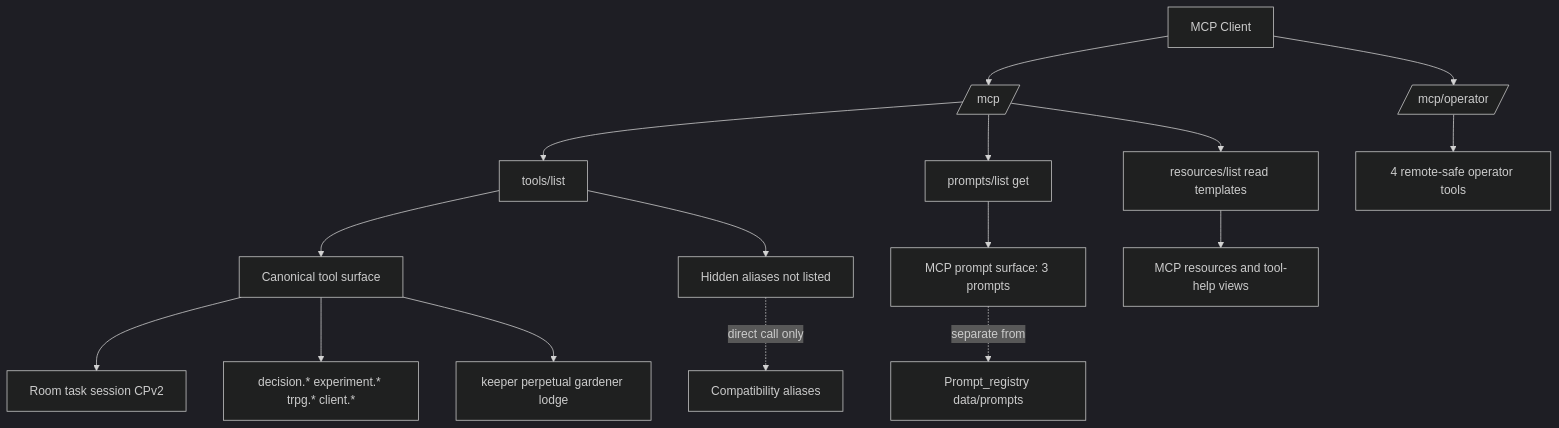
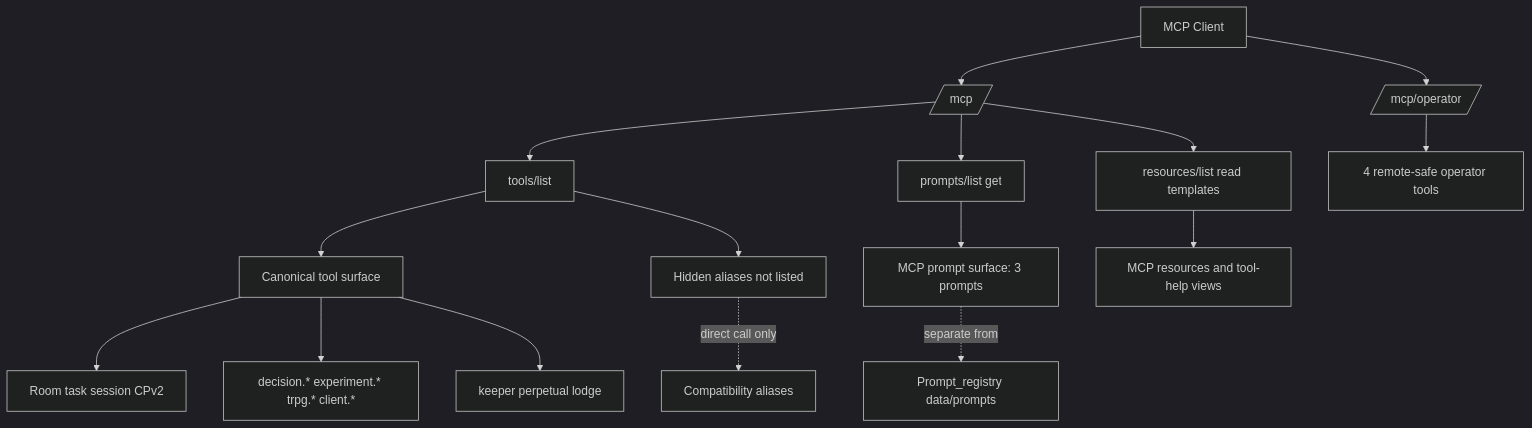
Before and after one commit to jeong-sik/masc: the first of 5 diagrams in docs/MCP-SURFACE-AUDIT.md, drawn with Mermaid (dark theme). The commit also changed 35 other files, not shown here.

````diff
--- a/docs/MCP-SURFACE-AUDIT.md
+++ b/docs/MCP-SURFACE-AUDIT.md
@@ -54,24 +54,24 @@
 ```mermaid
 flowchart TD
   Client[MCP Client] --> MCP[/mcp/]
   Client --> Operator[/mcp/operator/]
 
   MCP --> TL[tools/list]
   MCP --> PL[prompts/list get]
   MCP --> RL[resources/list read templates]
 
   TL --> Canon[Canonical tool surface]
   TL --> Hidden[Hidden aliases not listed]
 
   Canon --> Core[Room task session CPv2]
   Canon --> GameView[decision.* experiment.* trpg.* client.*]
-  Canon --> Ecosystem[keeper perpetual gardener lodge]
+  Canon --> Ecosystem[keeper perpetual lodge]
 
   PL --> PromptSurface[MCP prompt surface: 3 prompts]
   RL --> ResourceSurface[MCP resources and tool-help views]
 
   Operator --> Remote4[4 remote-safe operator tools]
 
   Hidden -. direct call only .-> Compat[Compatibility aliases]
   PromptSurface -. separate from .-> InternalPrompts[Prompt_registry data/prompts]
 ```
````
